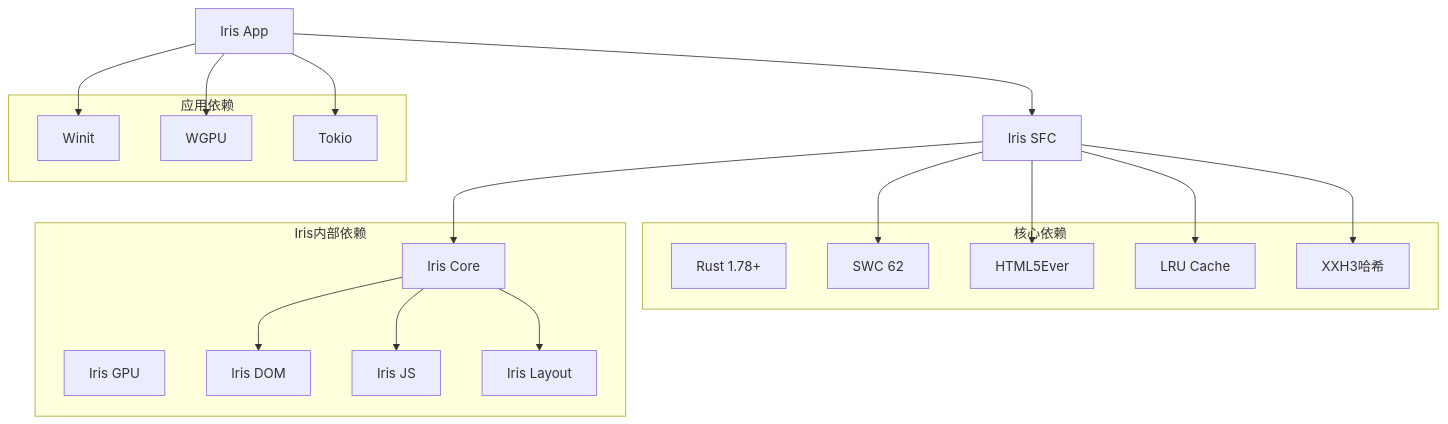
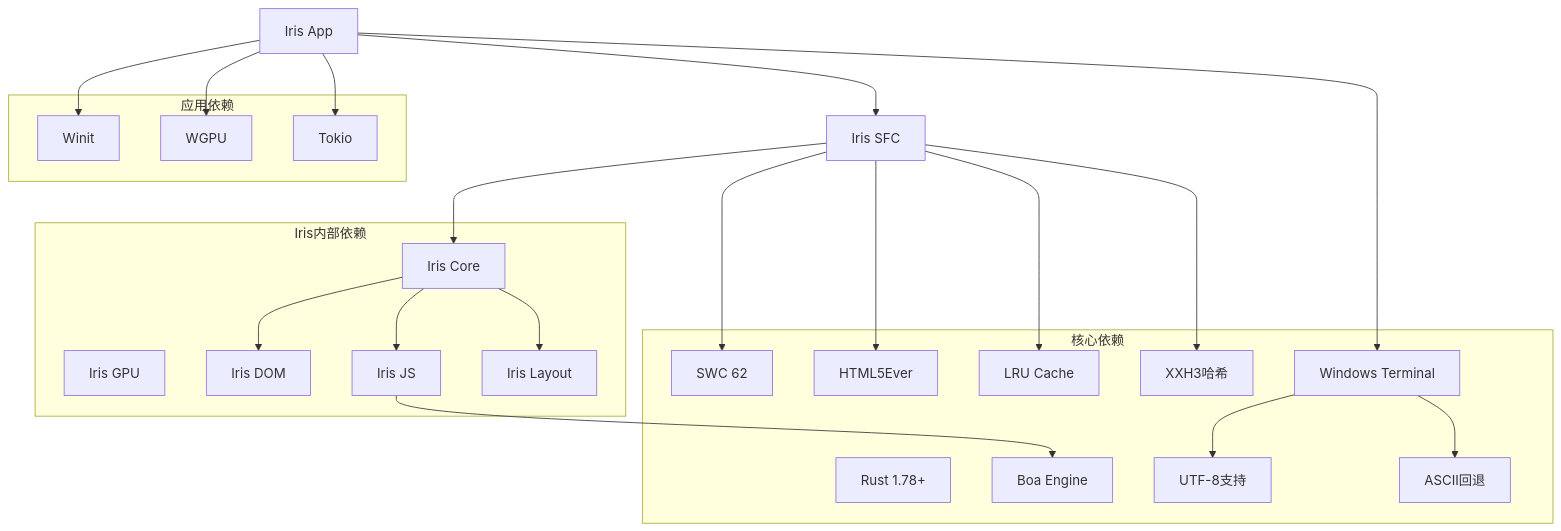
One commit to itszzl-sudo/iris changed diagram 11 of 14 in .qoder/repowiki/zh/content/技术架构详解/即时转译系统/SFC编译器初始化机制/SFC集成示例.md. Above: the diagram before and after it, drawn with Mermaid. The commit also changed other lines of this file and 7 other files, not shown here.

````diff
--- a/.qoder/repowiki/zh/content/技术架构详解/即时转译系统/SFC编译器初始化机制/SFC集成示例.md
+++ b/.qoder/repowiki/zh/content/技术架构详解/即时转译系统/SFC编译器初始化机制/SFC集成示例.md
@@ -414,34 +461,40 @@
 ```mermaid
 graph TB
 subgraph "核心依赖"
 RUST[Rust 1.78+]
 SWC[SWC 62]
 HTML5EVER[HTML5Ever]
 LRU[LRU Cache]
 XXHASH[XXH3哈希]
+BOA[Boa Engine]
+ENDERTER[Windows Terminal]
+ENDERTER --> UTF8[UTF-8支持]
+ENDERTER --> ASCII[ASCII回退]
 end
 subgraph "Iris内部依赖"
 CORE[Iris Core]
 GPU[Iris GPU]
 DOM[Iris DOM]
 JS[Iris JS]
 LAYOUT[Iris Layout]
 end
 subgraph "应用依赖"
 WINIT[Winit]
 WGPU[WGPU]
 TOKIO[Tokio]
 end
 SFC[Iris SFC] --> SWC
 SFC --> HTML5EVER
 SFC --> LRU
 SFC --> XXHASH
 SFC --> CORE
 APP[Iris App] --> SFC
 APP --> WINIT
 APP --> WGPU
 APP --> TOKIO
 CORE --> DOM
 CORE --> JS
 CORE --> LAYOUT
+JS --> BOA
+APP --> ENDERTER
 ```
````
